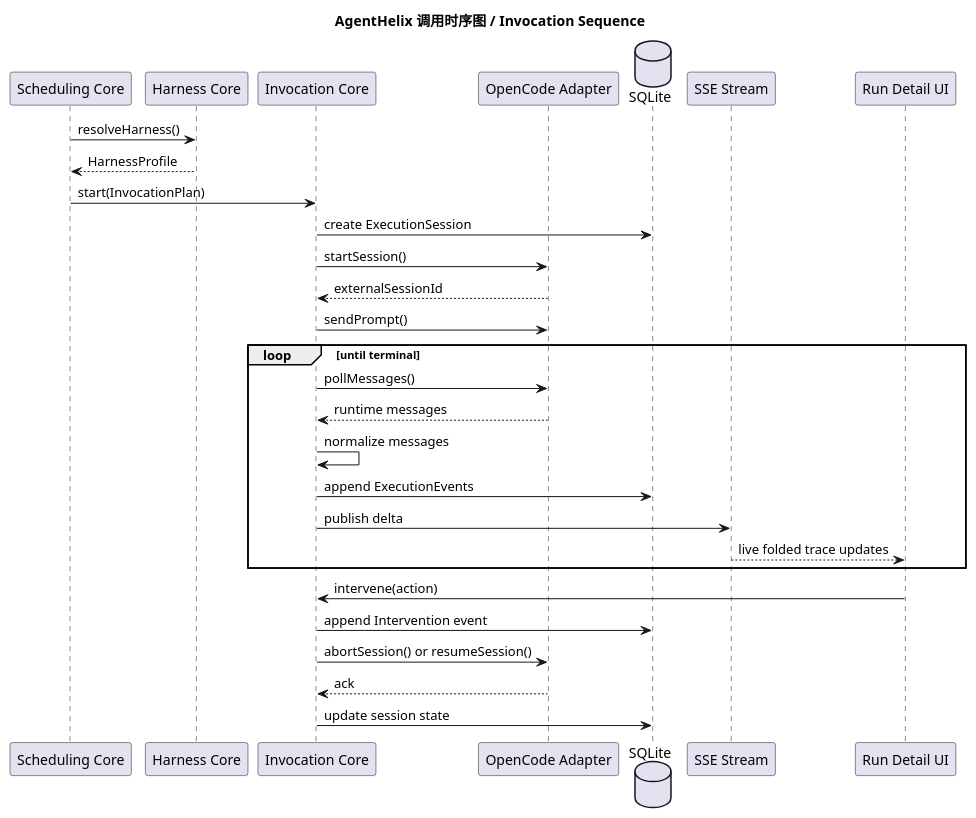
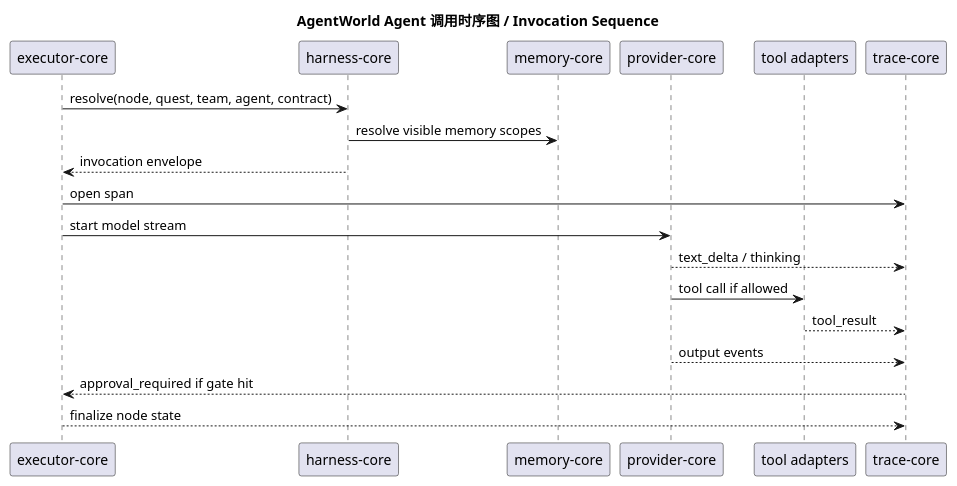
The seventh of 7 diagrams in docs/detailed-design.zh-CN.md (SimonMing47/agent-world), drawn with PlantUML before and after one commit. The commit also changed other lines of this file and 3 other files, not shown here.

````diff
--- a/docs/detailed-design.zh-CN.md
+++ b/docs/detailed-design.zh-CN.md
@@ -1375,35 +1106,25 @@
 ```plantuml
 @startuml
-title AgentHelix 调用时序图 / Invocation Sequence
+title AgentWorld Agent 调用时序图 / Invocation Sequence
 
-participant "Scheduling Core" as Scheduler
-participant "Harness Core" as Harness
-participant "Invocation Core" as Invocation
-participant "OpenCode Adapter" as Adapter
-database "SQLite" as DB
-participant "SSE Stream" as SSE
-participant "Run Detail UI" as UI
+participant "executor-core" as Executor
+participant "harness-core" as Harness
+participant "memory-core" as Memory
+participant "provider-core" as Provider
+participant "tool adapters" as Tools
+participant "trace-core" as Trace
 
-Scheduler -> Harness : resolveHarness()
-Harness --> Scheduler : HarnessProfile
-Scheduler -> Invocation : start(InvocationPlan)
-Invocation -> DB : create ExecutionSession
-Invocation -> Adapter : startSession()
-Adapter --> Invocation : externalSessionId
-Invocation -> Adapter : sendPrompt()
-loop until terminal
-  Invocation -> Adapter : pollMessages()
-  Adapter --> Invocation : runtime messages
-  Invocation -> Invocation : normalize messages
-  Invocation -> DB : append ExecutionEvents
-  Invocation -> SSE : publish delta
-  SSE --> UI : live folded trace updates
-end
-UI -> Invocation : intervene(action)
-Invocation -> DB : append Intervention event
-Invocation -> Adapter : abortSession() or resumeSession()
-Adapter --> Invocation : ack
-Invocation -> DB : update session state
+Executor -> Harness : resolve(node, quest, team, agent, contract)
+Harness -> Memory : resolve visible memory scopes
+Harness --> Executor : invocation envelope
+Executor -> Trace : open span
+Executor -> Provider : start model stream
+Provider --> Trace : text_delta / thinking
+Provider -> Tools : tool call if allowed
+Tools --> Trace : tool_result
+Provider --> Trace : output events
+Trace --> Executor : approval_required if gate hit
+Executor --> Trace : finalize node state
 
 @enduml
 ```
````
